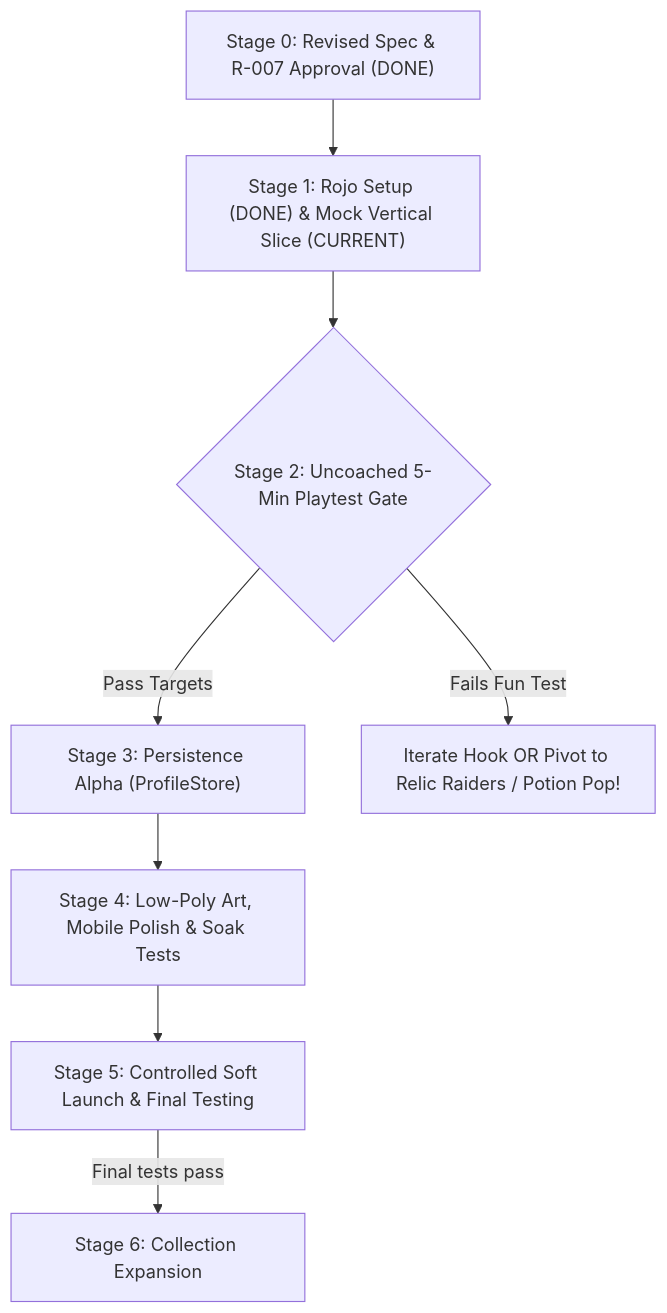
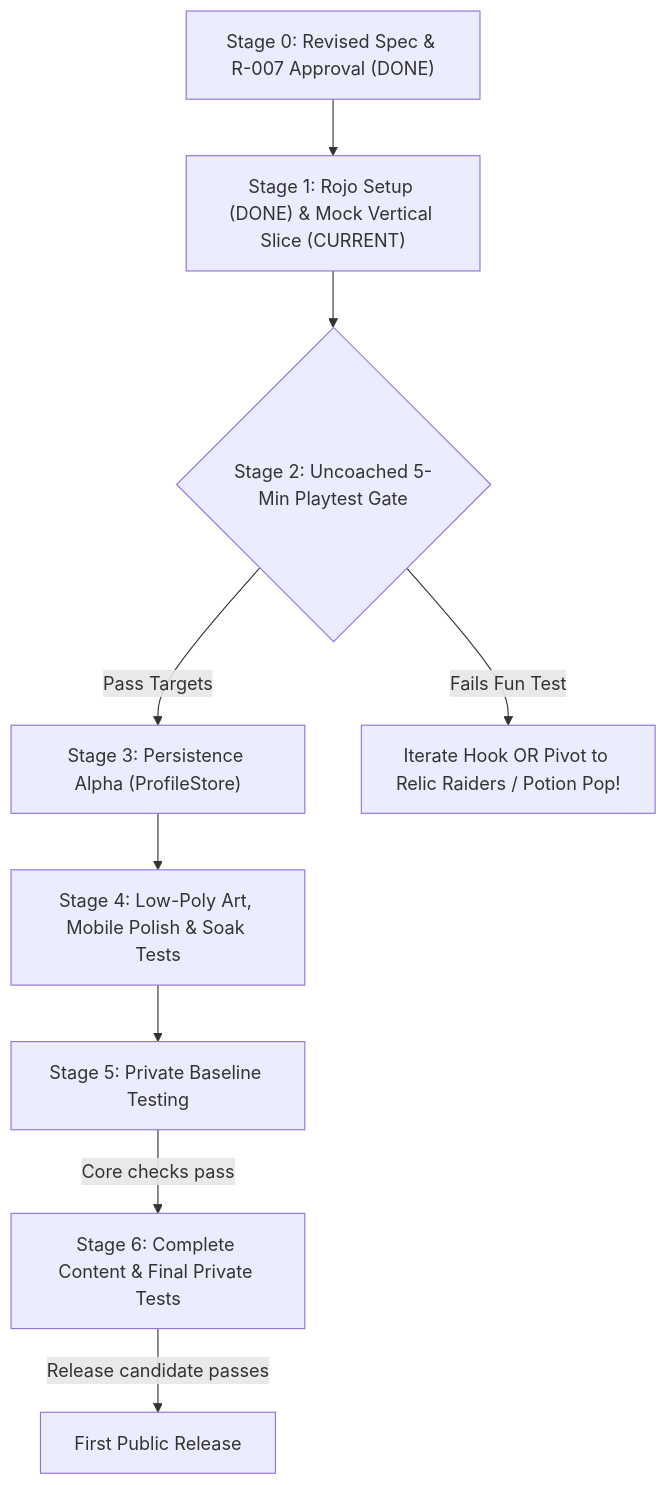
Before and after one commit to jtchu22-debug/roblox-game-project: the diagram in docs/DEVELOPMENT_ROADMAP.md, drawn with Mermaid. The commit also changed other lines of this file, not shown here.

Commit message:
Align DEVELOPMENT_ROADMAP.md with the Stage 6 public launch

````diff
--- a/docs/DEVELOPMENT_ROADMAP.md
+++ b/docs/DEVELOPMENT_ROADMAP.md
@@ -24,10 +24,11 @@
 ```mermaid
 flowchart TD
     S0["Stage 0: Revised Spec & R-007 Approval (DONE)"] --> S1["Stage 1: Rojo Setup (DONE) & Mock Vertical Slice (CURRENT)"]
     S1 --> S2{"Stage 2: Uncoached 5-Min Playtest Gate"}
     S2 -->|"Pass Targets"| S3["Stage 3: Persistence Alpha (ProfileStore)"]
     S2 -->|"Fails Fun Test"| PIVOT["Iterate Hook OR Pivot to Relic Raiders / Potion Pop!"]
     S3 --> S4["Stage 4: Low-Poly Art, Mobile Polish & Soak Tests"]
-    S4 --> S5["Stage 5: Controlled Soft Launch & Final Testing"]
-    S5 -->|"Final tests pass"| S6["Stage 6: Collection Expansion"]
+    S4 --> S5["Stage 5: Private Baseline Testing"]
+    S5 -->|"Core checks pass"| S6["Stage 6: Complete Content & Final Private Tests"]
+    S6 -->|"Release candidate passes"| LIVE["First Public Release"]
 ```
````
